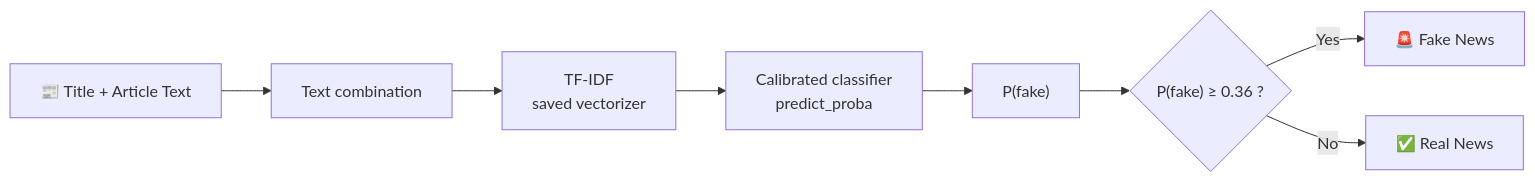
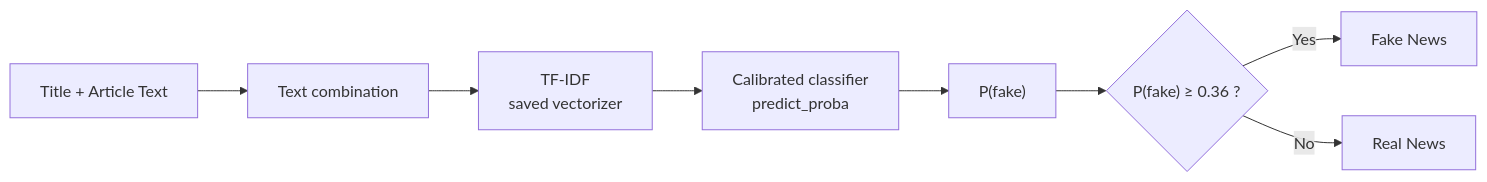
The diagram in README.md (AbdelrhmanAkl/AI-Powered-Misinformation-Detection-System), drawn with Mermaid before and after one commit. The commit also changed other lines of this file, not shown here.

````diff
--- a/README.md
+++ b/README.md
@@ -102,10 +120,10 @@
 ```mermaid
 flowchart LR
-    A[📰 Title + Article Text] --> B[Text combination]
-    B --> C[TF-IDF<br/>saved vectorizer]
-    C --> D[Calibrated classifier<br/>predict_proba]
+    A["Title + Article Text"] --> B["Text combination"]
+    B --> C["TF-IDF<br/>saved vectorizer"]
+    C --> D["Calibrated classifier<br/>predict_proba"]
     D --> E["P(fake)"]
     E --> F{"P(fake) ≥ 0.36 ?"}
-    F -- Yes --> G[🚨 Fake News]
-    F -- No --> H[✅ Real News]
+    F -- Yes --> G["Fake News"]
+    F -- No --> H["Real News"]
 ```
````
